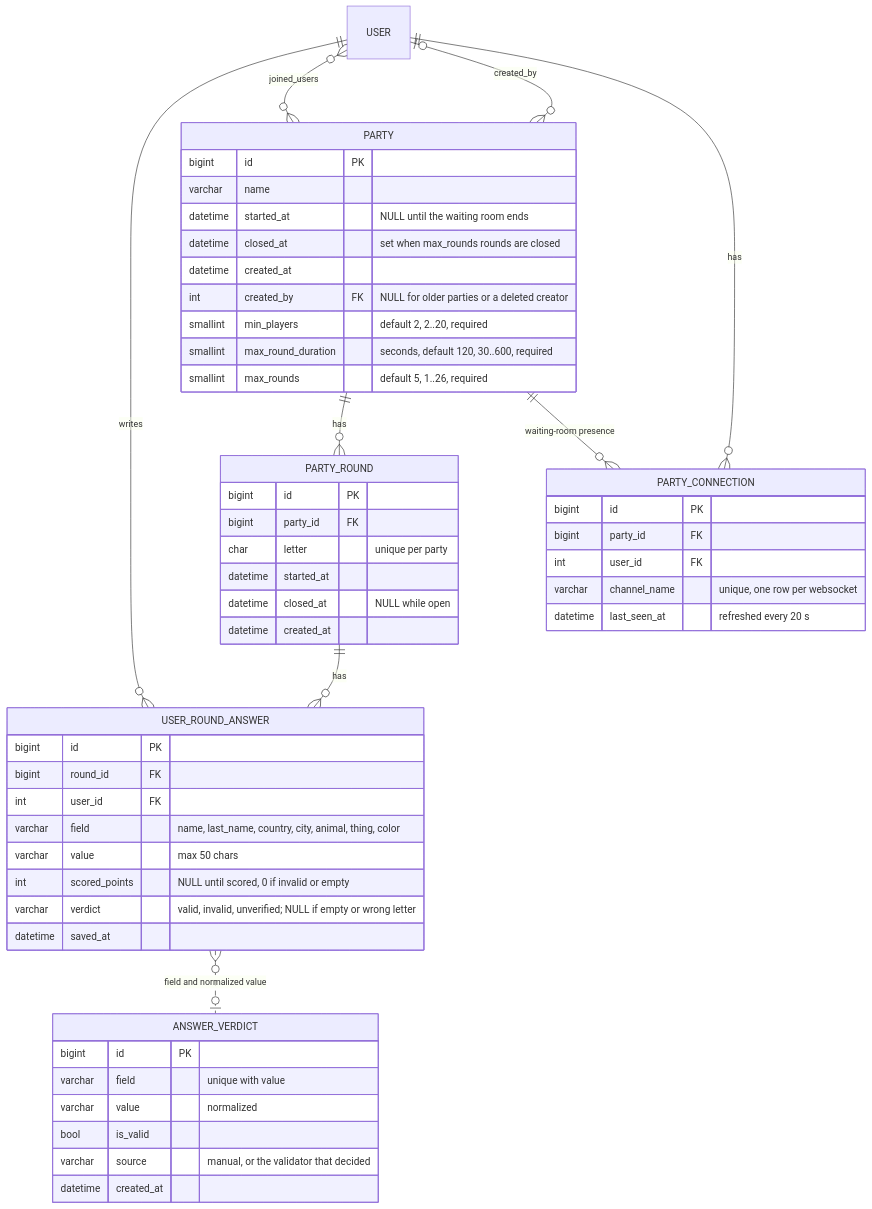
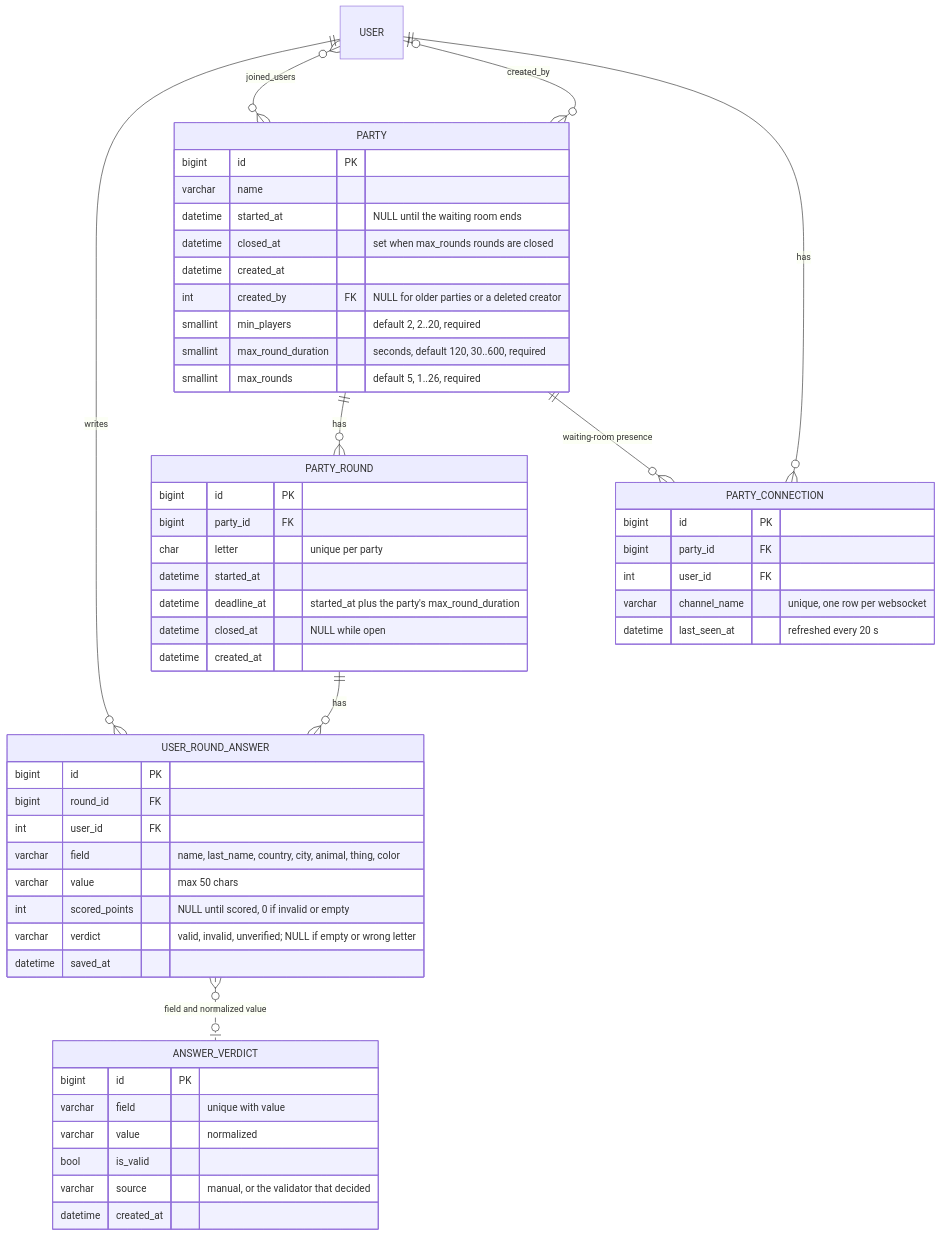
One commit to DanielGnzlzVll/AACX changed the fifth of 5 diagrams in docs/architecture.md. Above: the diagram before and after it, drawn with Mermaid. The commit also changed other lines of this file and 12 other files, not shown here.

````diff
--- a/docs/architecture.md
+++ b/docs/architecture.md
@@ -275,56 +275,57 @@
 ```mermaid
 erDiagram
     USER ||--o{ USER_ROUND_ANSWER : writes
     USER }o--o{ PARTY : "joined_users"
     USER |o--o{ PARTY : "created_by"
     PARTY ||--o{ PARTY_ROUND : has
     PARTY ||--o{ PARTY_CONNECTION : "waiting-room presence"
     USER ||--o{ PARTY_CONNECTION : has
     PARTY_ROUND ||--o{ USER_ROUND_ANSWER : has
     USER_ROUND_ANSWER }o..o| ANSWER_VERDICT : "field and normalized value"
 
     PARTY {
         bigint id PK
         varchar name
         datetime started_at "NULL until the waiting room ends"
         datetime closed_at "set when max_rounds rounds are closed"
         datetime created_at
         int created_by FK "NULL for older parties or a deleted creator"
         smallint min_players "default 2, 2..20, required"
         smallint max_round_duration "seconds, default 120, 30..600, required"
         smallint max_rounds "default 5, 1..26, required"
     }
     PARTY_CONNECTION {
         bigint id PK
         bigint party_id FK
         int user_id FK
         varchar channel_name "unique, one row per websocket"
         datetime last_seen_at "refreshed every 20 s"
     }
     PARTY_ROUND {
         bigint id PK
         bigint party_id FK
         char letter "unique per party"
         datetime started_at
+        datetime deadline_at "started_at plus the party's max_round_duration"
         datetime closed_at "NULL while open"
         datetime created_at
     }
     USER_ROUND_ANSWER {
         bigint id PK
         bigint round_id FK
         int user_id FK
         varchar field "name, last_name, country, city, animal, thing, color"
         varchar value "max 50 chars"
         int scored_points "NULL until scored, 0 if invalid or empty"
         varchar verdict "valid, invalid, unverified; NULL if empty or wrong letter"
         datetime saved_at
     }
     ANSWER_VERDICT {
         bigint id PK
         varchar field "unique with value"
         varchar value "normalized"
         bool is_valid
         varchar source "manual, or the validator that decided"
         datetime created_at
     }
 ```
````
